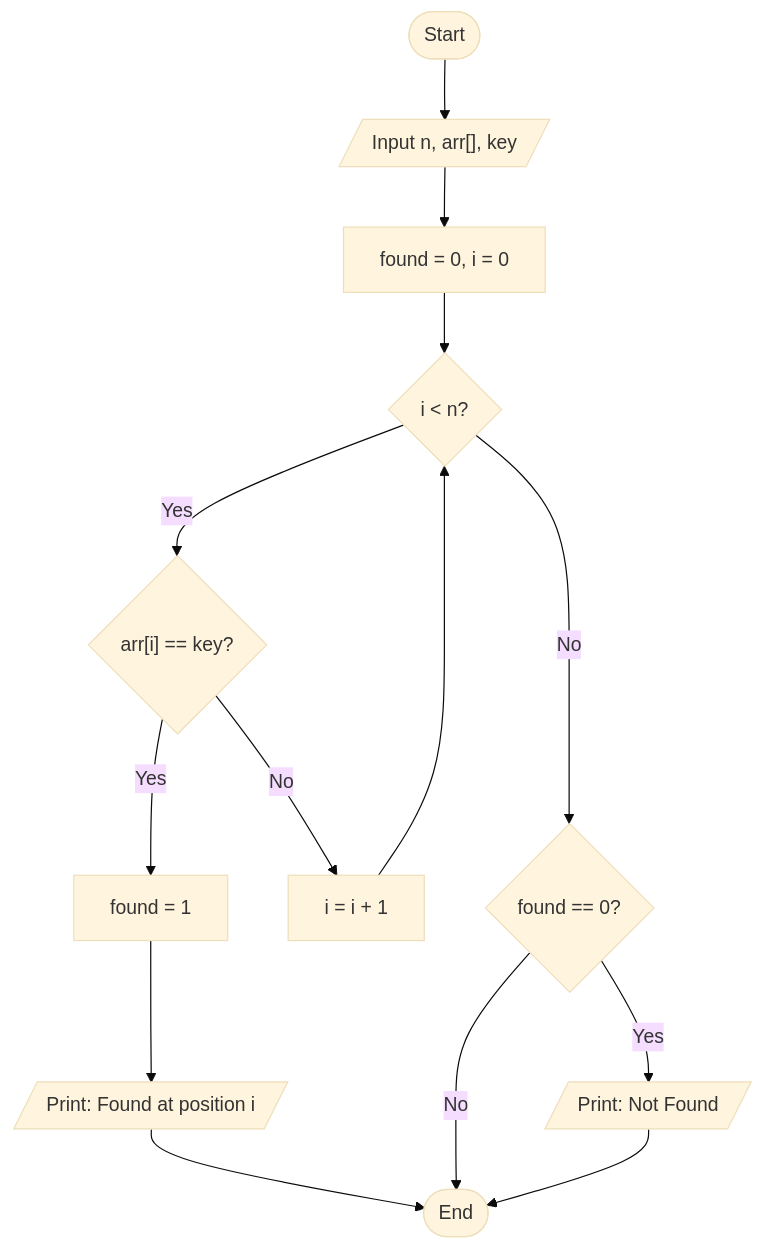
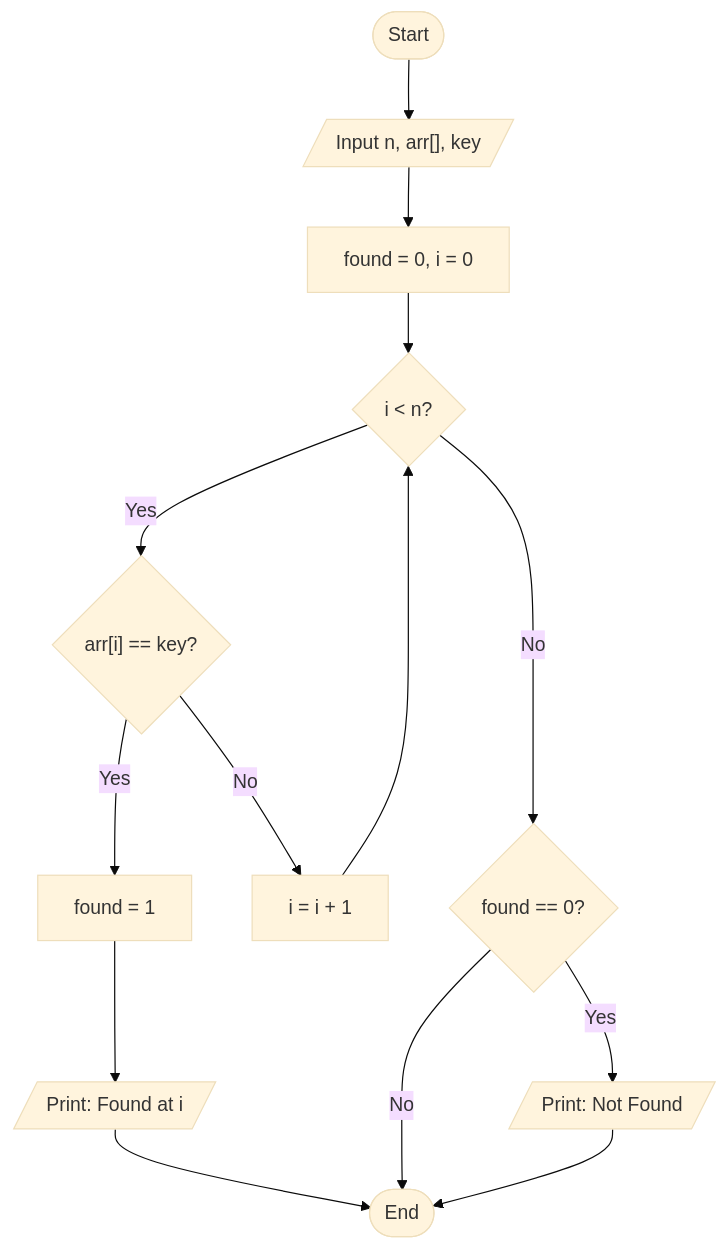
Diagram 38 of 41 in C_Programming_Exam_Answers.md (Marjuk06/HSC-C-Programing), drawn with Mermaid (base theme) before and after one commit. The commit also changed other lines of this file, not shown here.

````diff
--- a/C_Programming_Exam_Answers.md
+++ b/C_Programming_Exam_Answers.md
@@ -2194,16 +2091,16 @@
 ```mermaid
 flowchart TD
     A([Start]) --> B[/"Input n, arr[], key"/]
     B --> C["found = 0, i = 0"]
     C --> D{"i < n?"}
     D -- Yes --> E{"arr[i] == key?"}
     E -- Yes --> F["found = 1"]
-    F --> G[/"Print: Found at position i"/]
+    F --> G[/"Print: Found at i"/]
     E -- No --> H["i = i + 1"]
     H --> D
     D -- No --> I{"found == 0?"}
     G --> J([End])
     I -- Yes --> K[/"Print: Not Found"/]
     I -- No --> J
     K --> J
 ```
````
